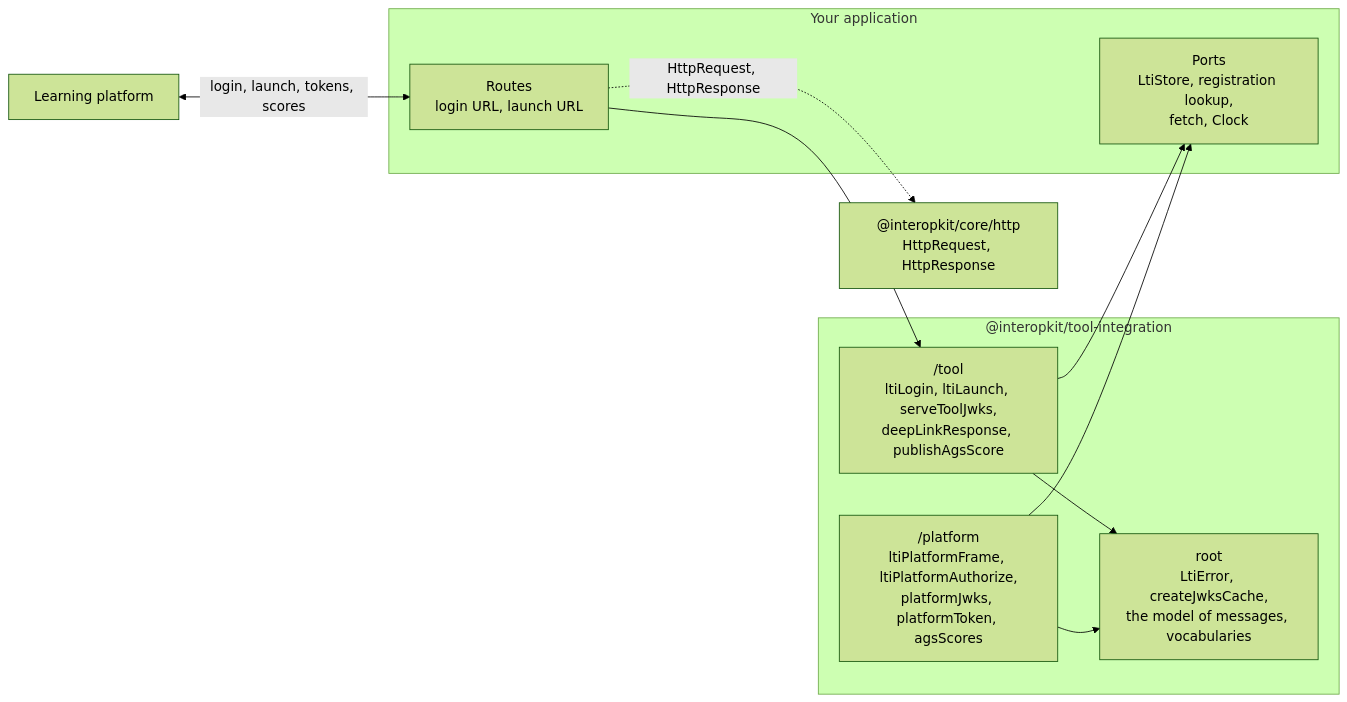
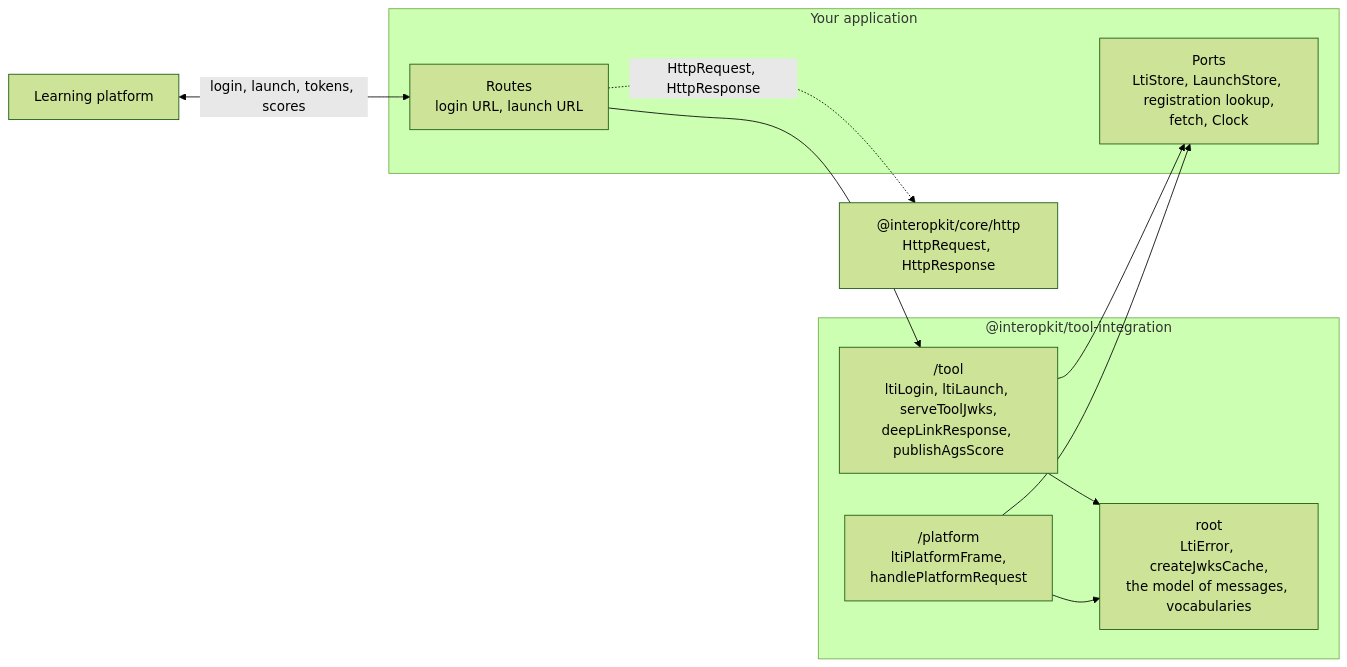
Before and after one commit to interopkit/interopkit: the diagram in packages/tool-integration/README.md, drawn with Mermaid (forest theme). The commit also changed other lines of this file and 59 other files, not shown here.

First line of the commit message:
Launch tools from a message that the platform keeps: a LaunchStore, four message types, one router and the authentication error response

````diff
--- a/packages/tool-integration/README.md
+++ b/packages/tool-integration/README.md
@@ -11,21 +12,21 @@
 ```mermaid
 flowchart LR
   platform["Learning platform"]
   subgraph host["Your application"]
     routes["Routes<br/>login URL, launch URL"]
-    ports["Ports<br/>LtiStore, registration lookup,<br/>fetch, Clock"]
+    ports["Ports<br/>LtiStore, LaunchStore, registration lookup,<br/>fetch, Clock"]
   end
   subgraph pkg["@interopkit/tool-integration"]
     tool["/tool<br/>ltiLogin, ltiLaunch, serveToolJwks,<br/>deepLinkResponse, publishAgsScore"]
-    platformRole["/platform<br/>ltiPlatformFrame, ltiPlatformAuthorize,<br/>platformJwks, platformToken, agsScores"]
+    platformRole["/platform<br/>ltiPlatformFrame,<br/>handlePlatformRequest"]
     root["root<br/>LtiError, createJwksCache,<br/>the model of messages, vocabularies"]
   end
   http["@interopkit/core/http<br/>HttpRequest, HttpResponse"]
   platform <-->|"login, launch, tokens, scores"| routes
   routes --> tool
   routes -.->|"HttpRequest, HttpResponse"| http
   tool --> ports
   platformRole --> ports
   tool --> root
   platformRole --> root
 ```
````
